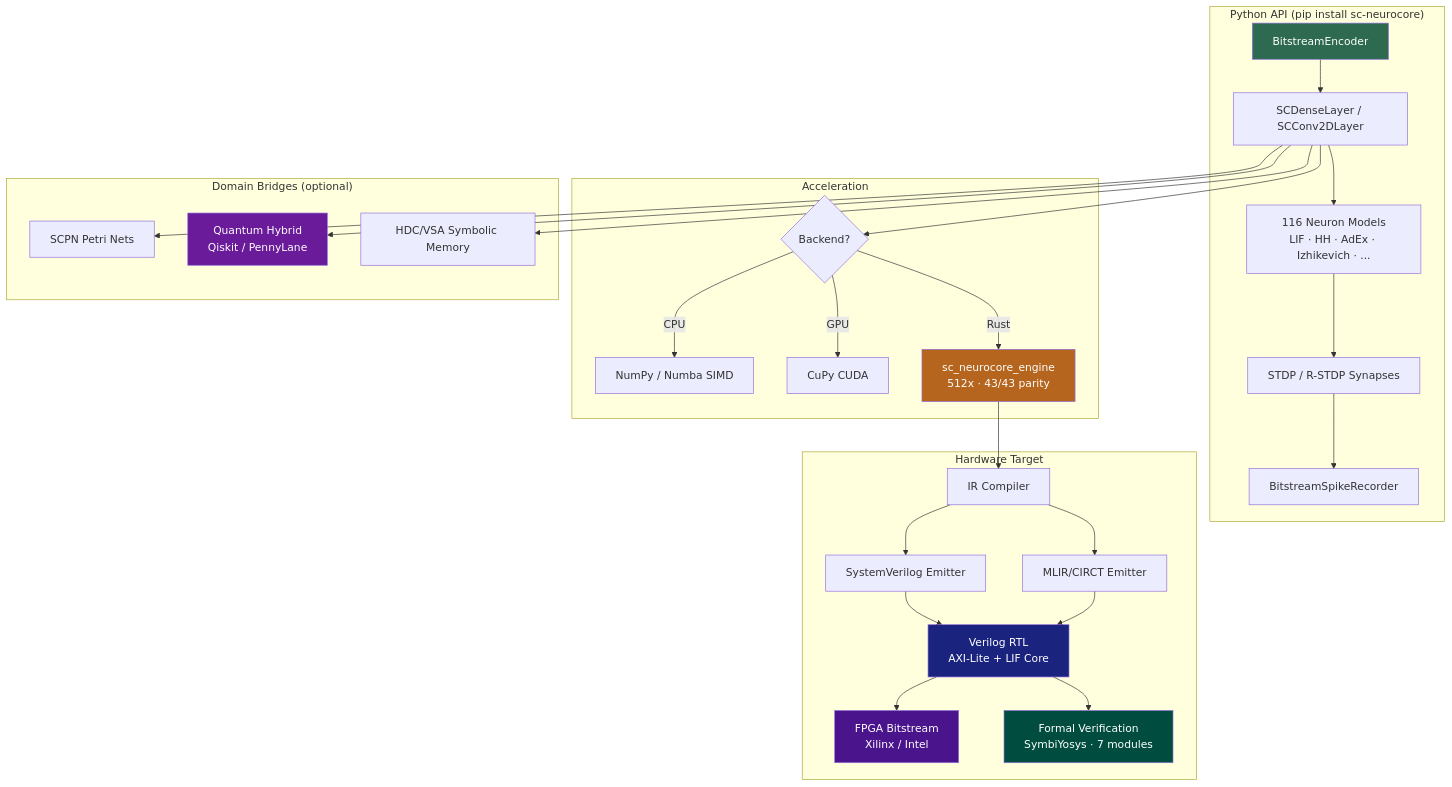
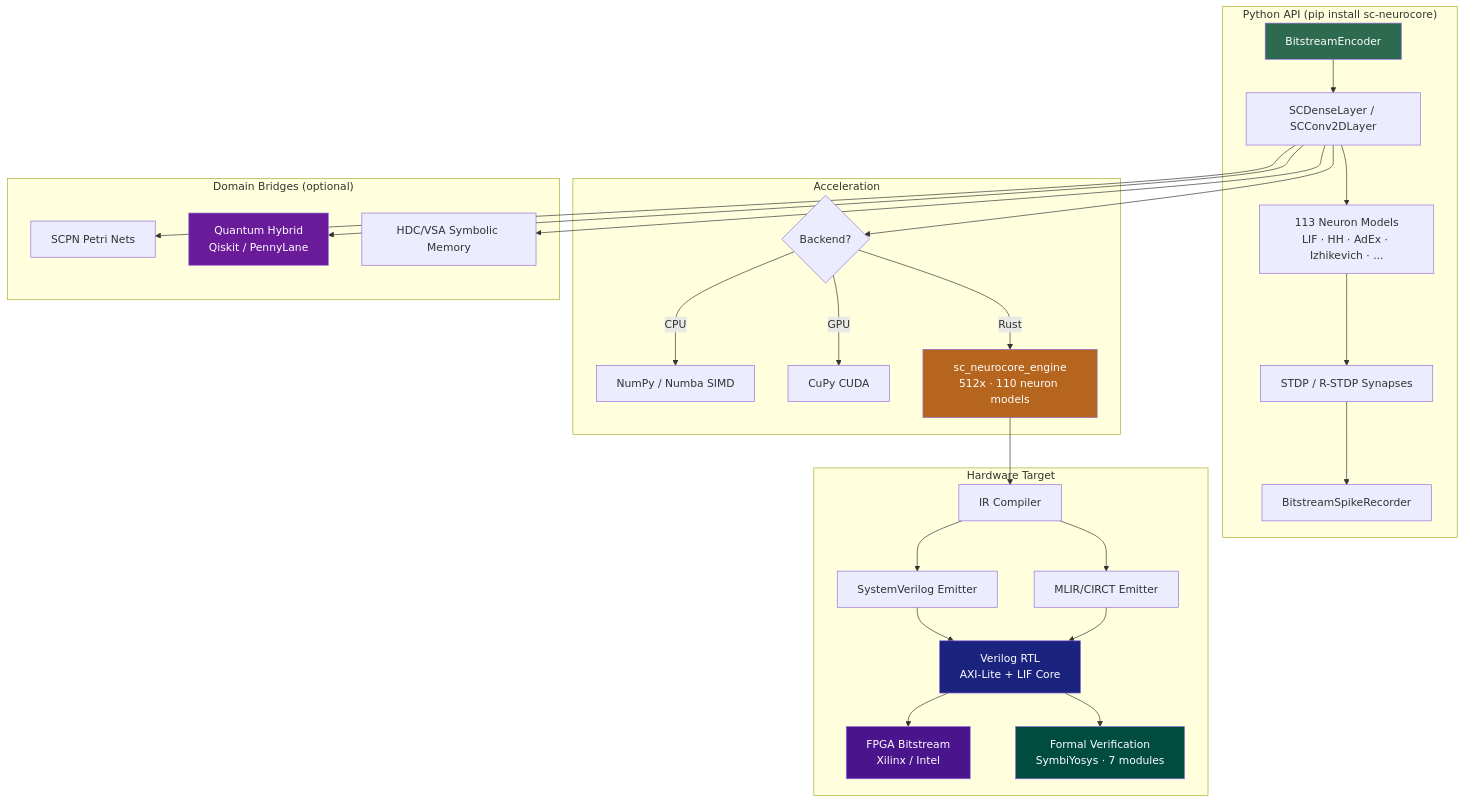
One commit to anulum/sc-neurocore changed the diagram in README.md. Above: the diagram before and after it, drawn with Mermaid. The commit also changed other lines of this file and 15 other files, not shown here.

First line of the commit message:
Fix all doc count contradictions + clean ROADMAP completed items

````diff
--- a/README.md
+++ b/README.md
@@ -145,39 +148,39 @@
 ```mermaid
 graph TD
     subgraph "Python API (pip install sc-neurocore)"
         A[BitstreamEncoder] --> B[SCDenseLayer / SCConv2DLayer]
-        B --> C[116 Neuron Models<br/>LIF · HH · AdEx · Izhikevich · ...]
+        B --> C[113 Neuron Models<br/>LIF · HH · AdEx · Izhikevich · ...]
         C --> D[STDP / R-STDP Synapses]
         D --> E[BitstreamSpikeRecorder]
     end
 
     subgraph "Acceleration"
         B --> F{Backend?}
         F -->|CPU| G[NumPy / Numba SIMD]
         F -->|GPU| H[CuPy CUDA]
-        F -->|Rust| I[sc_neurocore_engine<br/>512x · 43/43 parity]
+        F -->|Rust| I[sc_neurocore_engine<br/>512x · 110 neuron models]
     end
 
     subgraph "Hardware Target"
         I --> J[IR Compiler]
         J --> K[SystemVerilog Emitter]
         J --> K2[MLIR/CIRCT Emitter]
         K --> L[Verilog RTL<br/>AXI-Lite + LIF Core]
         K2 --> L
         L --> M[FPGA Bitstream<br/>Xilinx / Intel]
         L --> V[Formal Verification<br/>SymbiYosys · 7 modules]
     end
 
     subgraph "Domain Bridges (optional)"
         B --> N[SCPN Petri Nets]
         B --> O[Quantum Hybrid<br/>Qiskit / PennyLane]
         B --> P[HDC/VSA Symbolic Memory]
     end
 
     style A fill:#2d6a4f,color:#fff
     style I fill:#b5651d,color:#fff
     style L fill:#1a237e,color:#fff
     style M fill:#4a148c,color:#fff
     style O fill:#6a1b9a,color:#fff
     style V fill:#004d40,color:#fff
 ```
````
